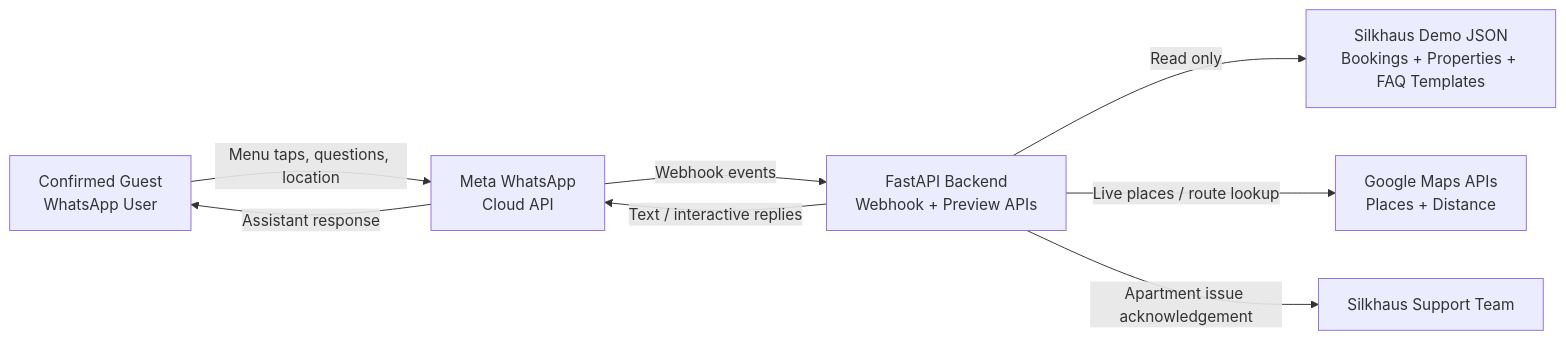
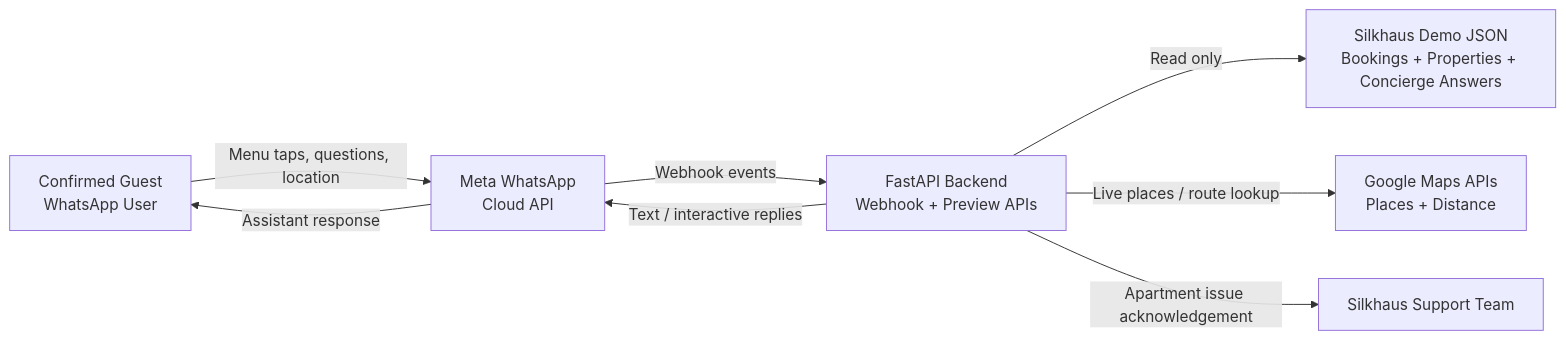
Before and after one commit to dhiraj-solace/rental-property-whatsApp-bot: the first of 3 diagrams in docs/architecture-and-activity-diagrams.md, drawn with Mermaid. The commit also changed other lines of this file and 5 other files, not shown here.

````diff
--- a/docs/architecture-and-activity-diagrams.md
+++ b/docs/architecture-and-activity-diagrams.md
@@ -7,18 +7,18 @@
 ```mermaid
 flowchart LR
     Guest["Confirmed Guest<br/>WhatsApp User"]
     Meta["Meta WhatsApp<br/>Cloud API"]
     API["FastAPI Backend<br/>Webhook + Preview APIs"]
-    Data["Silkhaus Demo JSON<br/>Bookings + Properties + FAQ Templates"]
+    Data["Silkhaus Demo JSON<br/>Bookings + Properties + Concierge Answers"]
     Maps["Google Maps APIs<br/>Places + Distance"]
     Host["Silkhaus Support Team"]
 
     Guest -->|"Menu taps, questions, location"| Meta
     Meta -->|"Webhook events"| API
     API -->|"Text / interactive replies"| Meta
     Meta -->|"Assistant response"| Guest
 
     API -->|"Read only"| Data
     API -->|"Live places / route lookup"| Maps
     API -->|"Apartment issue acknowledgement"| Host
 ```
````
